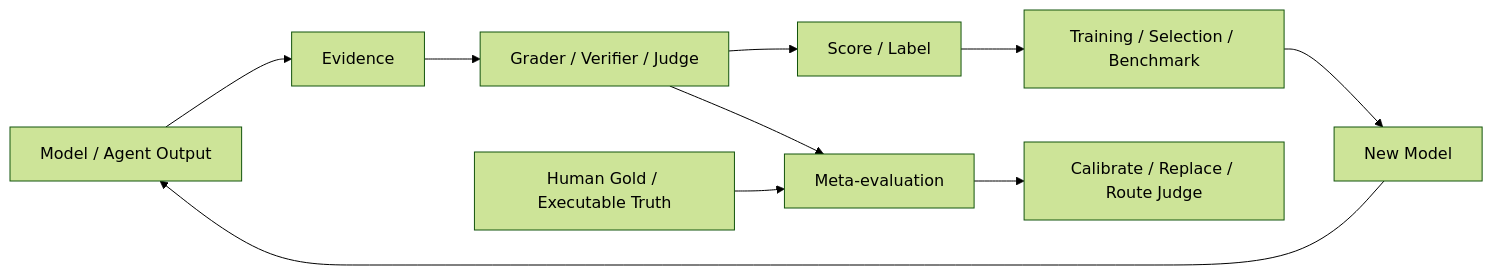
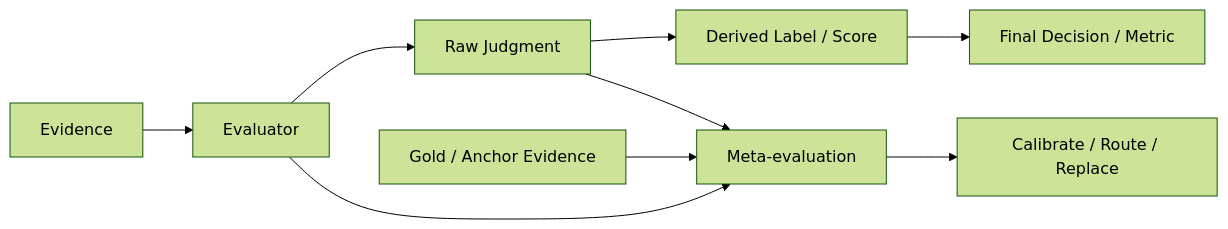
One commit to JiangHui0203/Homework changed the diagram in LLM_Agent_Data/15_Grader_Verifier_and_LLM_as_a_Judge.md. Above: the diagram before and after it, drawn with Mermaid (forest theme). The commit also changed other lines of this file, not shown here.

Commit message:
Refine chapter 15 as canonical evaluator and evidence chapter

````diff
--- a/LLM_Agent_Data/15_Grader_Verifier_and_LLM_as_a_Judge.md
+++ b/LLM_Agent_Data/15_Grader_Verifier_and_LLM_as_a_Judge.md
@@ -64,13 +35,12 @@
 ```mermaid
 flowchart LR
-    A[Model / Agent Output] --> B[Evidence]
-    B --> C[Grader / Verifier / Judge]
-    C --> D[Score / Label]
-    D --> E[Training / Selection / Benchmark]
-    E --> F[New Model]
-    F --> A
+    A[Evidence] --> B[Evaluator]
+    B --> C[Raw Judgment]
+    C --> D[Derived Label / Score]
+    D --> E[Final Decision / Metric]
 
-    G[Human Gold / Executable Truth] --> H[Meta-evaluation]
-    C --> H
-    H --> I[Calibrate / Replace / Route Judge]
+    F[Gold / Anchor Evidence] --> G[Meta-evaluation]
+    B --> G
+    C --> G
+    G --> H[Calibrate / Route / Replace]
 ```
````
